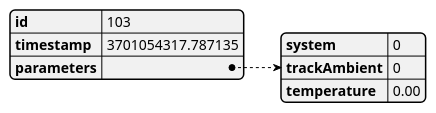
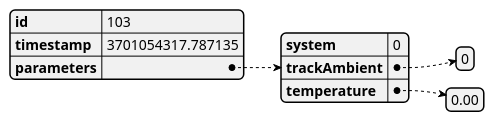
Before and after one commit to lsst-ts/ts_tma_tma-documentation_pxi-controller_documentation: diagram 19 of 40 in 02 CommandsAndEventsManagement/03 Events.md, drawn with PlantUML.

Commit message:
update the chillerState event to use arrays

````diff
--- a/02 CommandsAndEventsManagement/03 Events.md
+++ b/02 CommandsAndEventsManagement/03 Events.md
@@ -2082,13 +2082,13 @@
 ``` plantuml
 @startjson
 {
     "id": 103,
     "timestamp": 3701054317.787135,
     "parameters": {
         "system": 0,
-        "trackAmbient": 0,
-        "temperature": 0.00
+       "trackAmbient": [0],
+       "temperature": [0.00]
     }
 }
 @endjson
 ```
````
